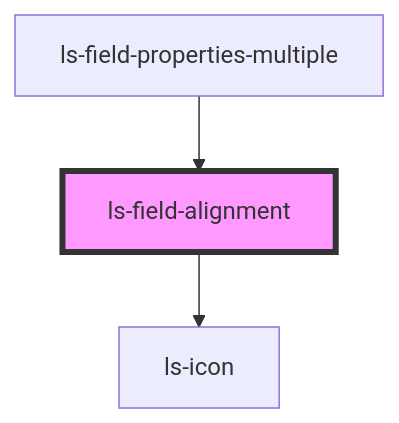
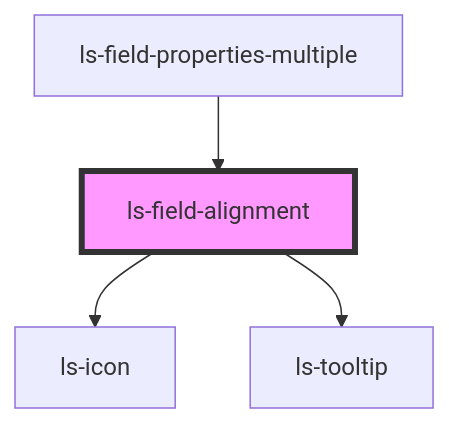
One commit to legalesign/ls-document-viewer changed the diagram in src/components/ls-field-alignment/readme.md. Above: the diagram before and after it, drawn with Mermaid. The commit also changed other lines of this file and 34 other files, not shown here.

````diff
--- a/src/components/ls-field-alignment/readme.md
+++ b/src/components/ls-field-alignment/readme.md
@@ -34,6 +35,7 @@
 ```mermaid
 graph TD;
   ls-field-alignment --> ls-icon
+  ls-field-alignment --> ls-tooltip
   ls-field-properties-multiple --> ls-field-alignment
   style ls-field-alignment fill:#f9f,stroke:#333,stroke-width:4px
 ```
````
